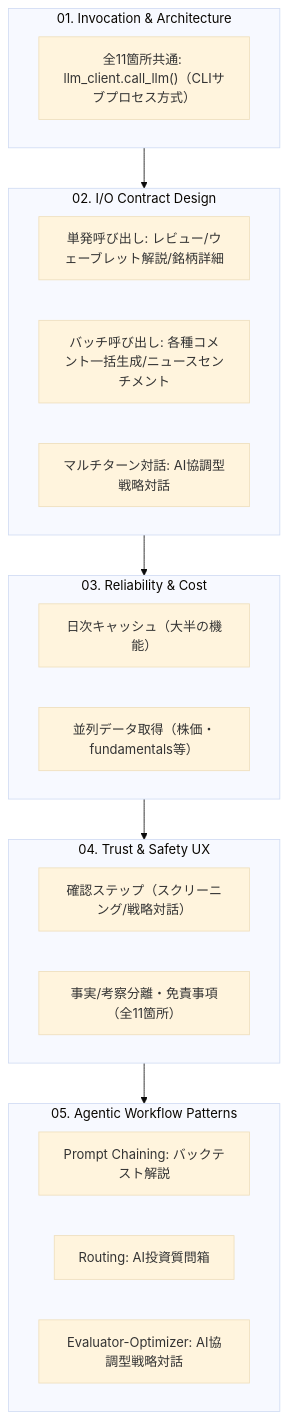
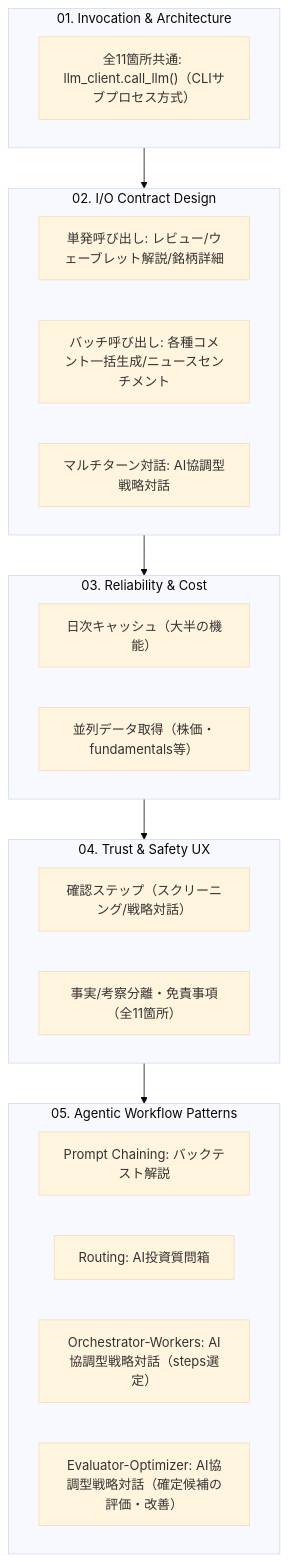
The diagram in docs/06-real-world-case-study/01-case-study-map.md (duwenji/genai-app-integration-tutorial), drawn with Mermaid (base theme) before and after one commit. The commit also changed other lines of this file and 4 other files, not shown here.

````diff
--- a/docs/06-real-world-case-study/01-case-study-map.md
+++ b/docs/06-real-world-case-study/01-case-study-map.md
@@ -98,26 +104,27 @@
 ```mermaid
 flowchart TB
     subgraph cat01["01. Invocation & Architecture"]
         c01n["全11箇所共通: llm_client.call_llm()（CLIサブプロセス方式）"]
     end
     subgraph cat02["02. I/O Contract Design"]
         c02a["単発呼び出し: レビュー/ウェーブレット解説/銘柄詳細"]
         c02b["バッチ呼び出し: 各種コメント一括生成/ニュースセンチメント"]
         c02c["マルチターン対話: AI協調型戦略対話"]
     end
     subgraph cat03["03. Reliability & Cost"]
         c03a["日次キャッシュ（大半の機能）"]
         c03b["並列データ取得（株価・fundamentals等）"]
     end
     subgraph cat04["04. Trust & Safety UX"]
         c04a["確認ステップ（スクリーニング/戦略対話）"]
         c04b["事実/考察分離・免責事項（全11箇所）"]
     end
     subgraph cat05["05. Agentic Workflow Patterns"]
         c05a["Prompt Chaining: バックテスト解説"]
         c05b["Routing: AI投資質問箱"]
-        c05c["Evaluator-Optimizer: AI協調型戦略対話"]
+        c05d["Orchestrator-Workers: AI協調型戦略対話（steps選定）"]
+        c05c["Evaluator-Optimizer: AI協調型戦略対話（確定候補の評価・改善）"]
     end
 
     cat01 --> cat02 --> cat03 --> cat04 --> cat05
 ```
````
